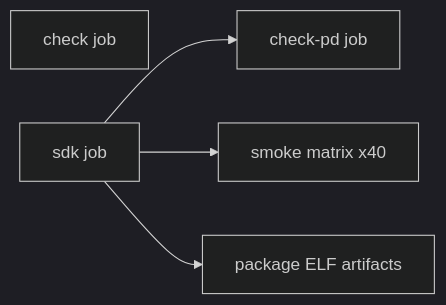
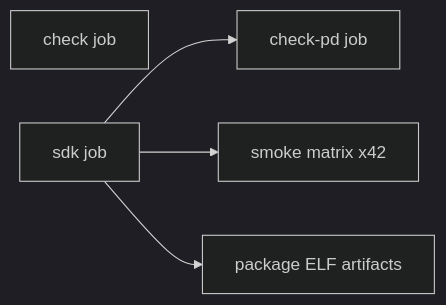
The diagram in docs/ci.md (julerex/lerux), drawn with Mermaid (dark theme) before and after one commit. The commit also changed other lines of this file and 57 other files, not shown here.

````diff
--- a/docs/ci.md
+++ b/docs/ci.md
@@ -13,11 +13,11 @@
 ```mermaid
 flowchart LR
   check[check job]
   sdk[sdk job]
   checkPd[check-pd job]
-  smoke[smoke matrix x40]
+  smoke[smoke matrix x42]
   package[package ELF artifacts]
   sdk --> checkPd
   sdk --> smoke
   sdk --> package
 ```
````
